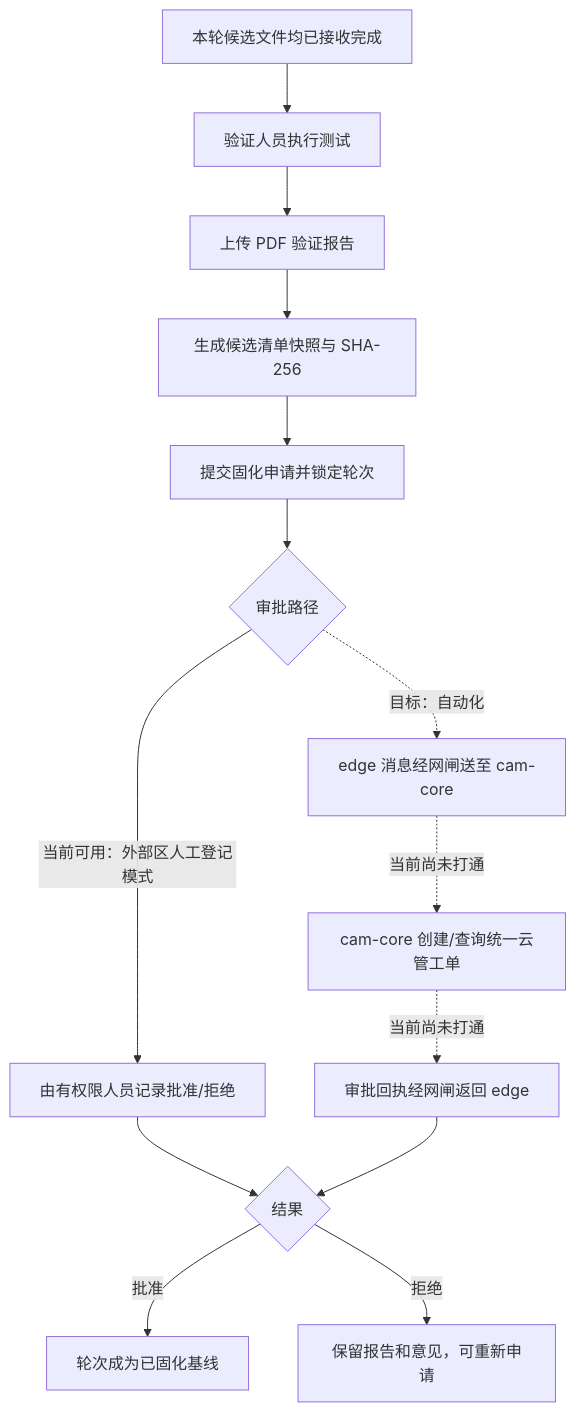
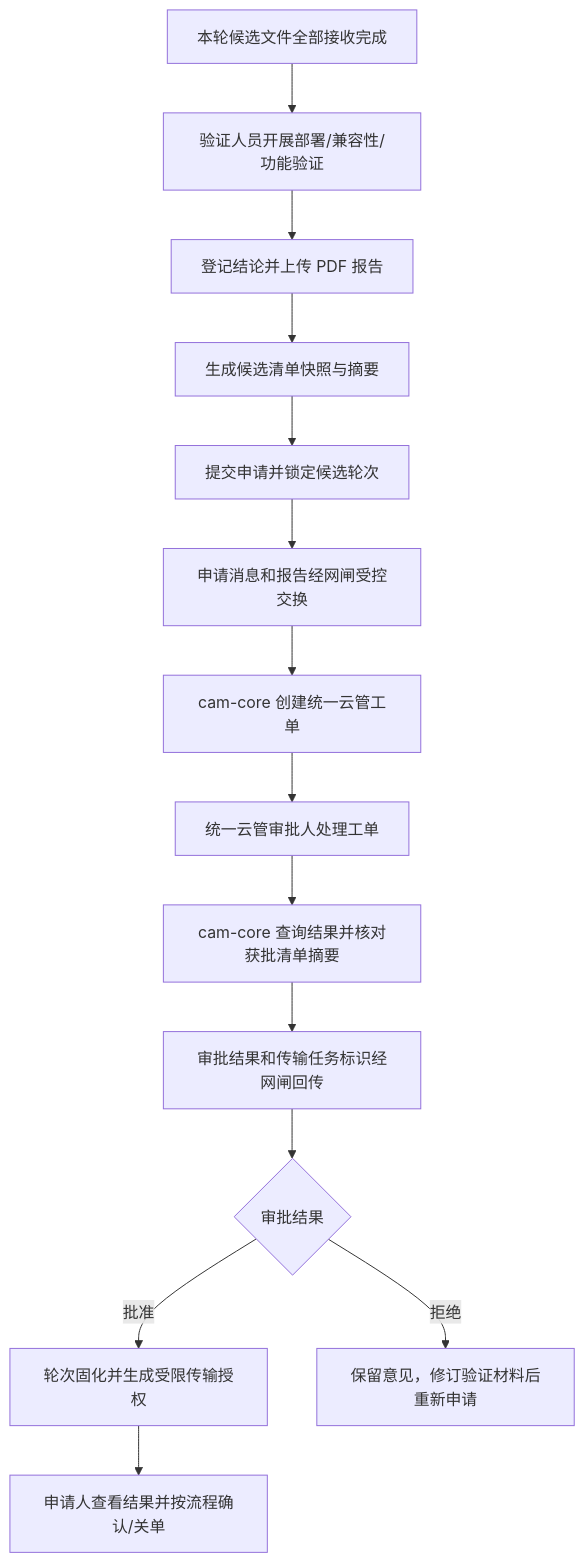
One commit to dongsweet/cloud-artifact-management changed the fourth of 5 diagrams in docs/assessment-overview.md. Above: the diagram before and after it, drawn with Mermaid. The commit also changed other lines of this file, not shown here.

Commit message:
docs: present CAM target-state tool design

````diff
--- a/docs/assessment-overview.md
+++ b/docs/assessment-overview.md
@@ -145,16 +152,16 @@
 ```mermaid
 flowchart TB
-    A[本轮候选文件均已接收完成] --> B[验证人员执行测试]
-    B --> C[上传 PDF 验证报告]
-    C --> D[生成候选清单快照与 SHA-256]
-    D --> E[提交固化申请并锁定轮次]
-    E --> F{审批路径}
-    F -->|当前可用：外部区人工登记模式| G[由有权限人员记录批准/拒绝]
-    F -. 目标：自动化 .-> H[edge 消息经网闸送至 cam-core]
-    H -. 当前尚未打通 .-> I[cam-core 创建/查询统一云管工单]
-    I -. 当前尚未打通 .-> J[审批回执经网闸返回 edge]
-    G --> K{结果}
-    J --> K
-    K -->|批准| L[轮次成为已固化基线]
-    K -->|拒绝| M[保留报告和意见，可重新申请]
+    A[本轮候选文件全部接收完成] --> B[验证人员开展部署/兼容性/功能验证]
+    B --> C[登记结论并上传 PDF 报告]
+    C --> D[生成候选清单快照与摘要]
+    D --> E[提交申请并锁定候选轮次]
+    E --> F[申请消息和报告经网闸受控交换]
+    F --> G[cam-core 创建统一云管工单]
+    G --> H[统一云管审批人处理工单]
+    H --> I[cam-core 查询结果并核对获批清单摘要]
+    I --> J[审批结果和传输任务标识经网闸回传]
+    J --> K{审批结果}
+    K -->|批准| L[轮次固化并生成受限传输授权]
+    K -->|拒绝| M[保留意见，修订验证材料后重新申请]
+    L --> N[申请人查看结果并按流程确认/关单]
 ```
````
